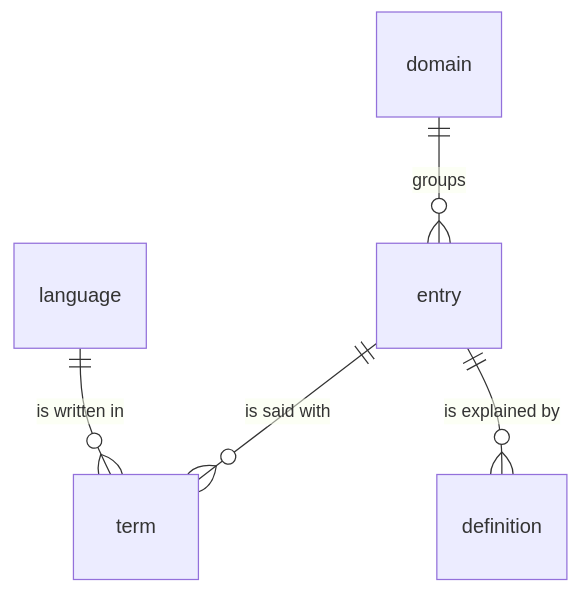
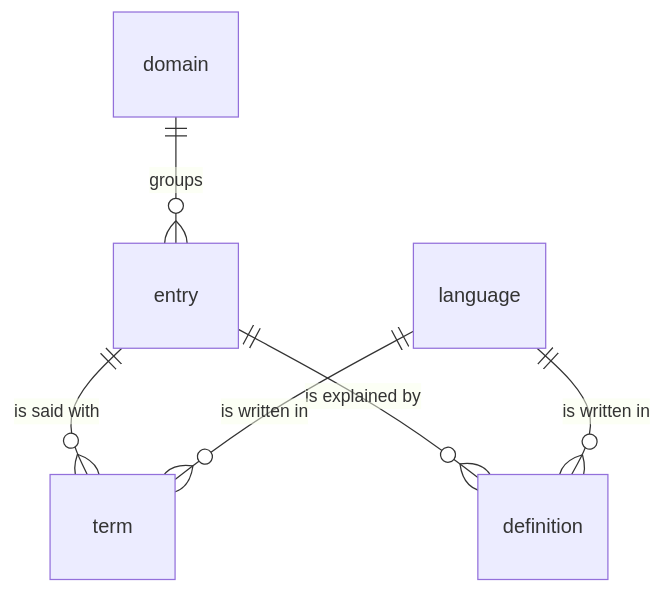
One commit to ysfztpp/TermQuake changed the first of 2 diagrams in README.md. Above: the diagram before and after it, drawn with Mermaid. The commit also changed other lines of this file and 3 other files, not shown here.

First line of the commit message:
Update the README and diagrams for the current site and data

````diff
--- a/README.md
+++ b/README.md
@@ -15,7 +47,8 @@
 ```mermaid
 erDiagram
     domain   ||--o{ entry : groups
     entry    ||--o{ term : "is said with"
     entry    ||--o{ definition : "is explained by"
     language ||--o{ term : "is written in"
+    language ||--o{ definition : "is written in"
 ```
````
